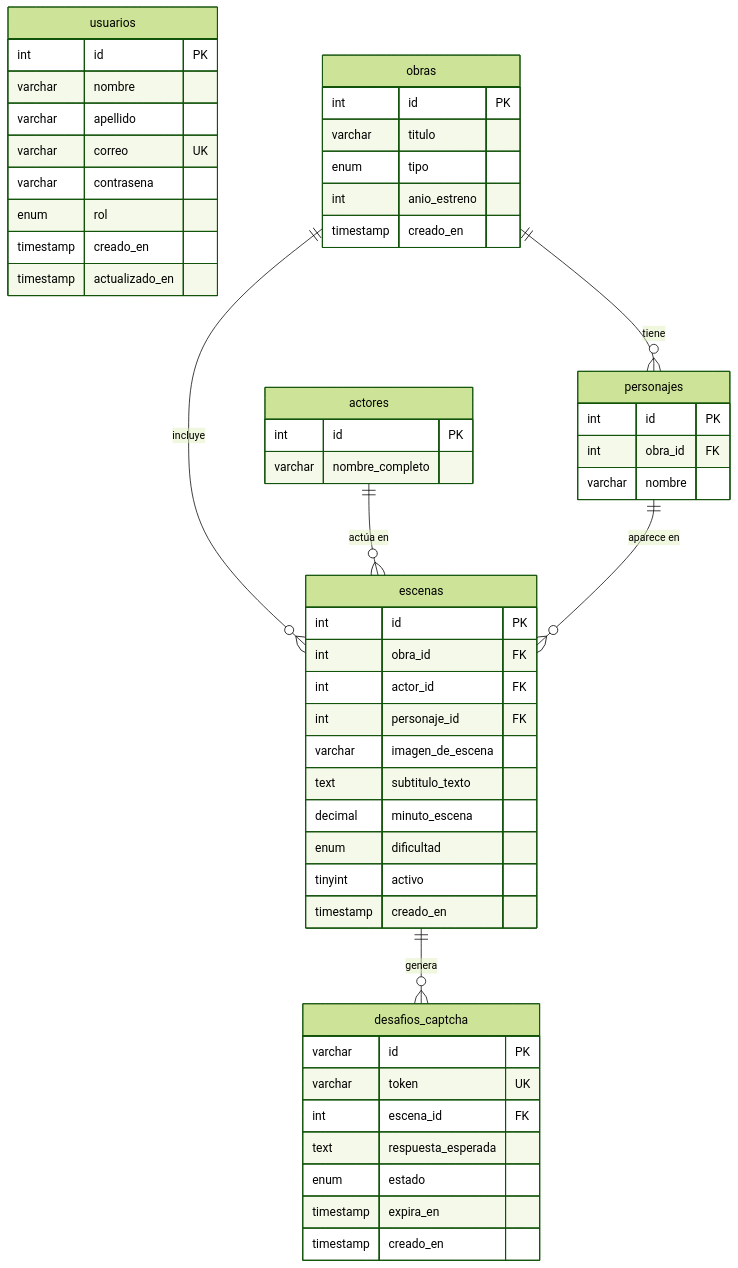
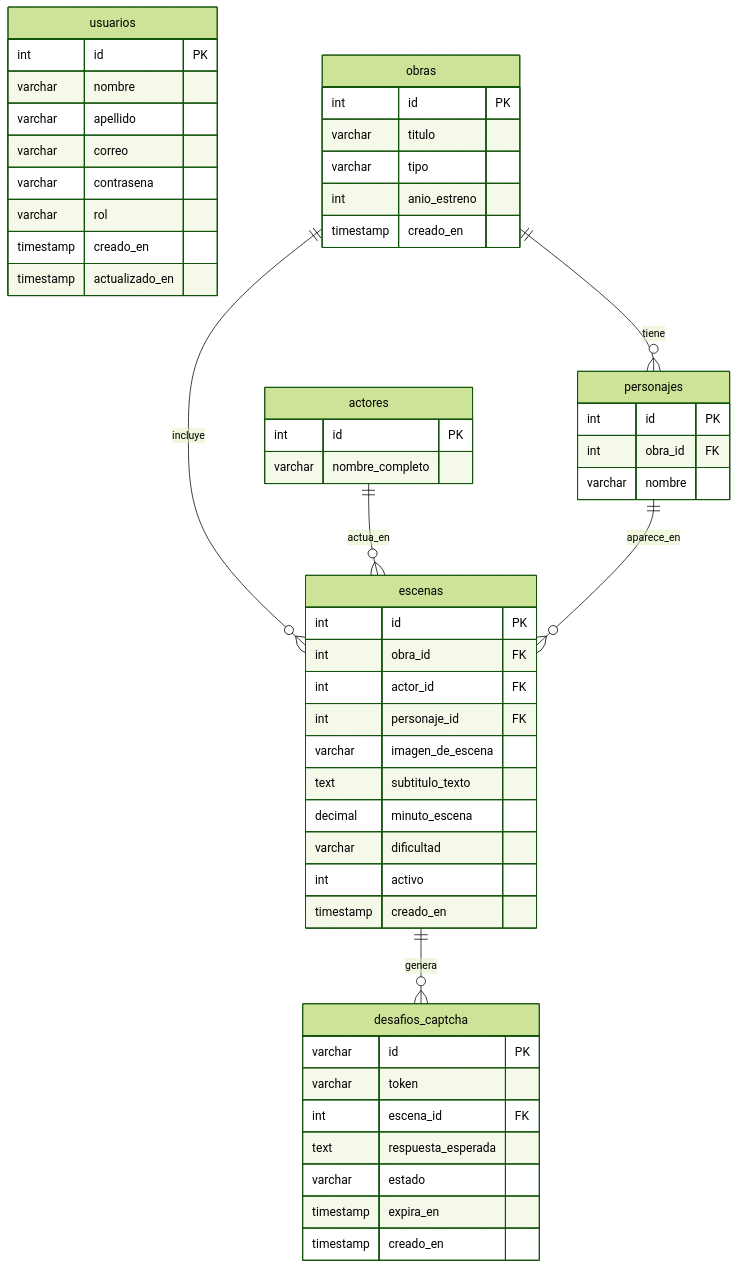
The diagram in docs/documentacion.md (DevKpi/API-Media), drawn with Mermaid (forest theme) before and after one commit. The commit also changed 1 other file, not shown here.

Commit message:
fix(docs): corregir sintaxis de diagrama Mermaid para compatibilidad con renderizadores de GitHub

````diff
--- a/docs/documentacion.md
+++ b/docs/documentacion.md
@@ -133,61 +133,61 @@
 ```mermaid
 erDiagram
     usuarios {
         int id PK
         varchar nombre
         varchar apellido
-        varchar correo UK
+        varchar correo
         varchar contrasena
-        enum rol
+        varchar rol
         timestamp creado_en
         timestamp actualizado_en
     }
 
     obras {
         int id PK
         varchar titulo
-        enum tipo
+        varchar tipo
         int anio_estreno
         timestamp creado_en
     }
 
     actores {
         int id PK
         varchar nombre_completo
     }
 
     personajes {
         int id PK
         int obra_id FK
         varchar nombre
     }
 
     escenas {
         int id PK
         int obra_id FK
         int actor_id FK
         int personaje_id FK
         varchar imagen_de_escena
         text subtitulo_texto
         decimal minuto_escena
-        enum dificultad
-        tinyint activo
+        varchar dificultad
+        int activo
         timestamp creado_en
     }
 
     desafios_captcha {
         varchar id PK
-        varchar token UK
+        varchar token
         int escena_id FK
         text respuesta_esperada
-        enum estado
+        varchar estado
         timestamp expira_en
         timestamp creado_en
     }
 
-    obras ||--o{ personajes : "tiene"
-    obras ||--o{ escenas : "incluye"
-    actores ||--o{ escenas : "actúa en"
-    personajes ||--o{ escenas : "aparece en"
-    escenas ||--o{ desafios_captcha : "genera"
+    obras ||--o{ personajes : tiene
+    obras ||--o{ escenas : incluye
+    actores ||--o{ escenas : actua_en
+    personajes ||--o{ escenas : aparece_en
+    escenas ||--o{ desafios_captcha : genera
 ```
````
